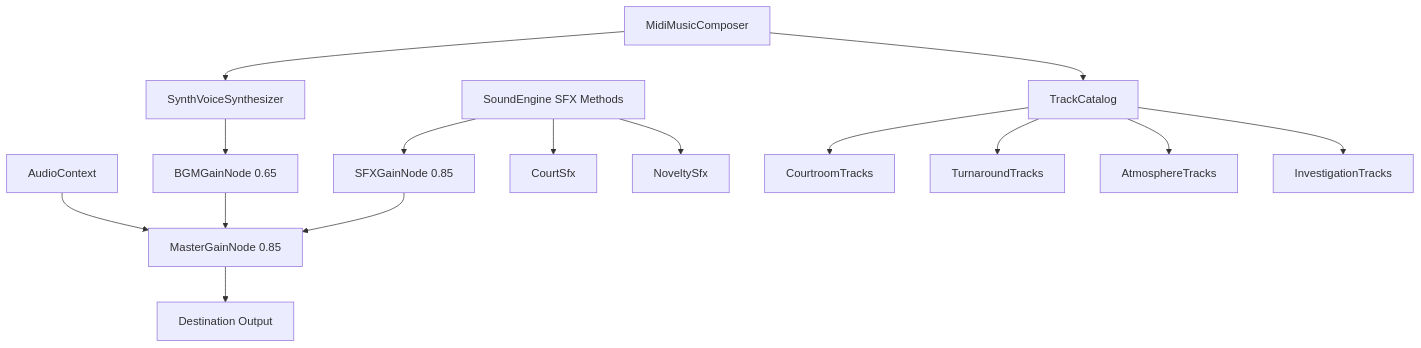
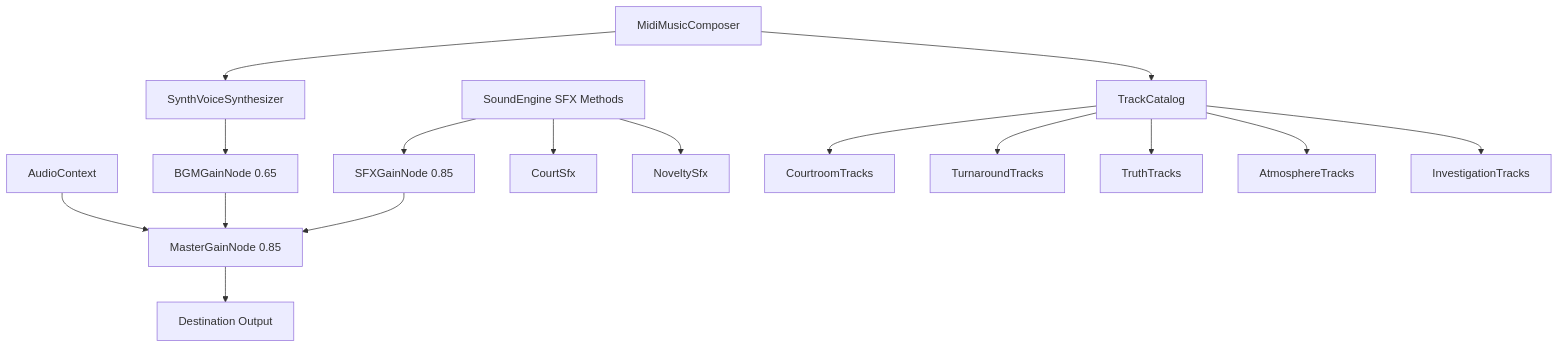
One commit to luisoncpp/aa-chapulin changed the diagram in docs/architecture/audio-system.md. Above: the diagram before and after it, drawn with Mermaid. The commit also changed other lines of this file and 37 other files, not shown here.

````diff
--- a/docs/architecture/audio-system.md
+++ b/docs/architecture/audio-system.md
@@ -9,20 +9,21 @@
 ```mermaid
 flowchart TD
     AC[AudioContext] --> Master[MasterGainNode 0.85]
     Master --> Dest[Destination Output]
     
     BGMGain[BGMGainNode 0.65] --> Master
     SFXGain[SFXGainNode 0.85] --> Master
     
     Composer[MidiMusicComposer] --> VoiceSynth[SynthVoiceSynthesizer]
     VoiceSynth --> BGMGain
     SFX[SoundEngine SFX Methods] --> SFXGain
     
     SFX --> CourtSfx[CourtSfx]
     SFX --> NoveltySfx[NoveltySfx]
     Composer --> TrackCatalog[TrackCatalog]
     TrackCatalog --> CourtroomTracks[CourtroomTracks]
     TrackCatalog --> TurnaroundTracks[TurnaroundTracks]
+    TrackCatalog --> TruthTracks[TruthTracks]
     TrackCatalog --> AtmosphereTracks[AtmosphereTracks]
     TrackCatalog --> InvestigationTracks[InvestigationTracks]
 ```
````
